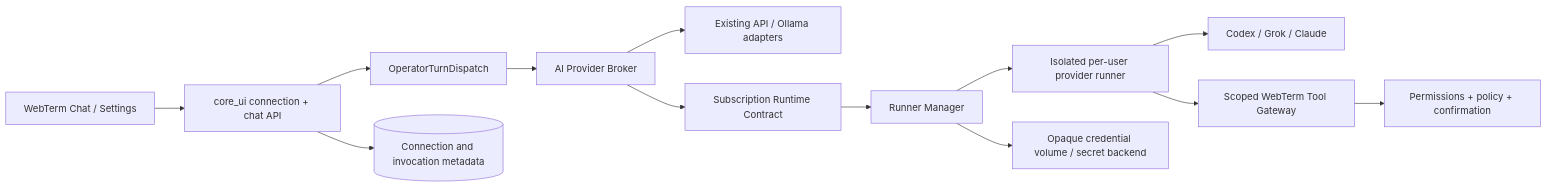
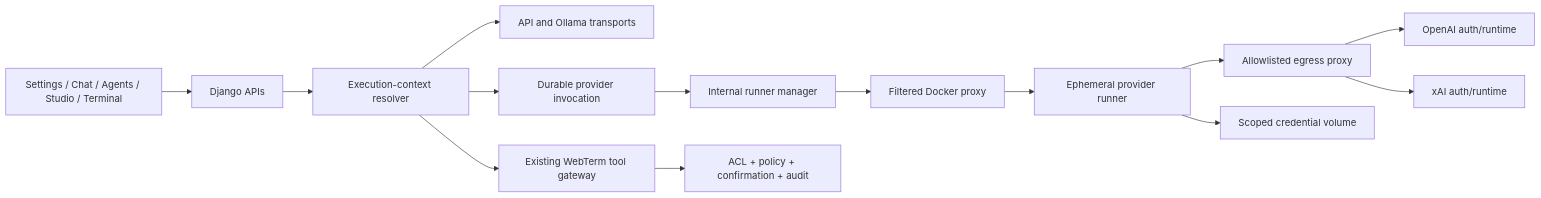
Before and after one commit to LLprod39/WebTerm: the diagram in docs/architecture/AI_SUBSCRIPTION_CLI_PROVIDERS_IMPLEMENTATION_PLAN.md, drawn with Mermaid. The commit also changed other lines of this file and 404 other files, not shown here.

````diff
--- a/docs/architecture/AI_SUBSCRIPTION_CLI_PROVIDERS_IMPLEMENTATION_PLAN.md
+++ b/docs/architecture/AI_SUBSCRIPTION_CLI_PROVIDERS_IMPLEMENTATION_PLAN.md
@@ -168,15 +55,16 @@
 ```mermaid
 flowchart LR
-    UI["WebTerm Chat / Settings"] --> API["core_ui connection + chat API"]
-    API --> Dispatch["OperatorTurnDispatch"]
-    Dispatch --> Broker["AI Provider Broker"]
-    Broker --> Existing["Existing API / Ollama adapters"]
-    Broker --> Contract["Subscription Runtime Contract"]
-    Contract --> Manager["Runner Manager"]
-    Manager --> Runner["Isolated per-user provider runner"]
-    Runner --> Provider["Codex / Grok / Claude"]
-    Runner --> Gateway["Scoped WebTerm Tool Gateway"]
-    Gateway --> Policy["Permissions + policy + confirmation"]
-    API --> DB[("Connection and invocation metadata")]
-    Manager --> Vault["Opaque credential volume / secret backend"]
+    UI["Settings / Chat / Agents / Studio / Terminal"] --> API["Django APIs"]
+    API --> Resolve["Execution-context resolver"]
+    Resolve --> Existing["API and Ollama transports"]
+    Resolve --> Invoke["Durable provider invocation"]
+    Invoke --> Manager["Internal runner manager"]
+    Manager --> Socket["Filtered Docker proxy"]
+    Socket --> Runner["Ephemeral provider runner"]
+    Runner --> Egress["Allowlisted egress proxy"]
+    Egress --> Codex["OpenAI auth/runtime"]
+    Egress --> Grok["xAI auth/runtime"]
+    Runner --> Cred["Scoped credential volume"]
+    Resolve --> Tools["Existing WebTerm tool gateway"]
+    Tools --> Policy["ACL + policy + confirmation + audit"]
 ```
````
